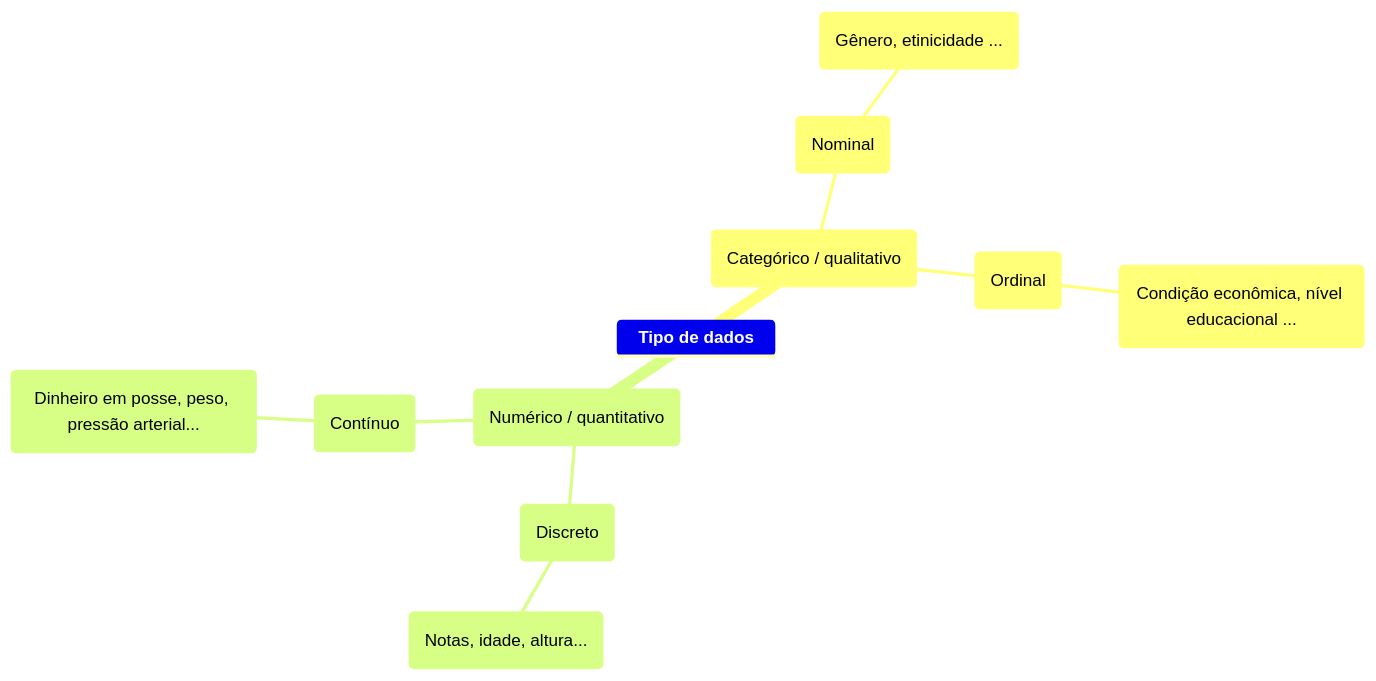
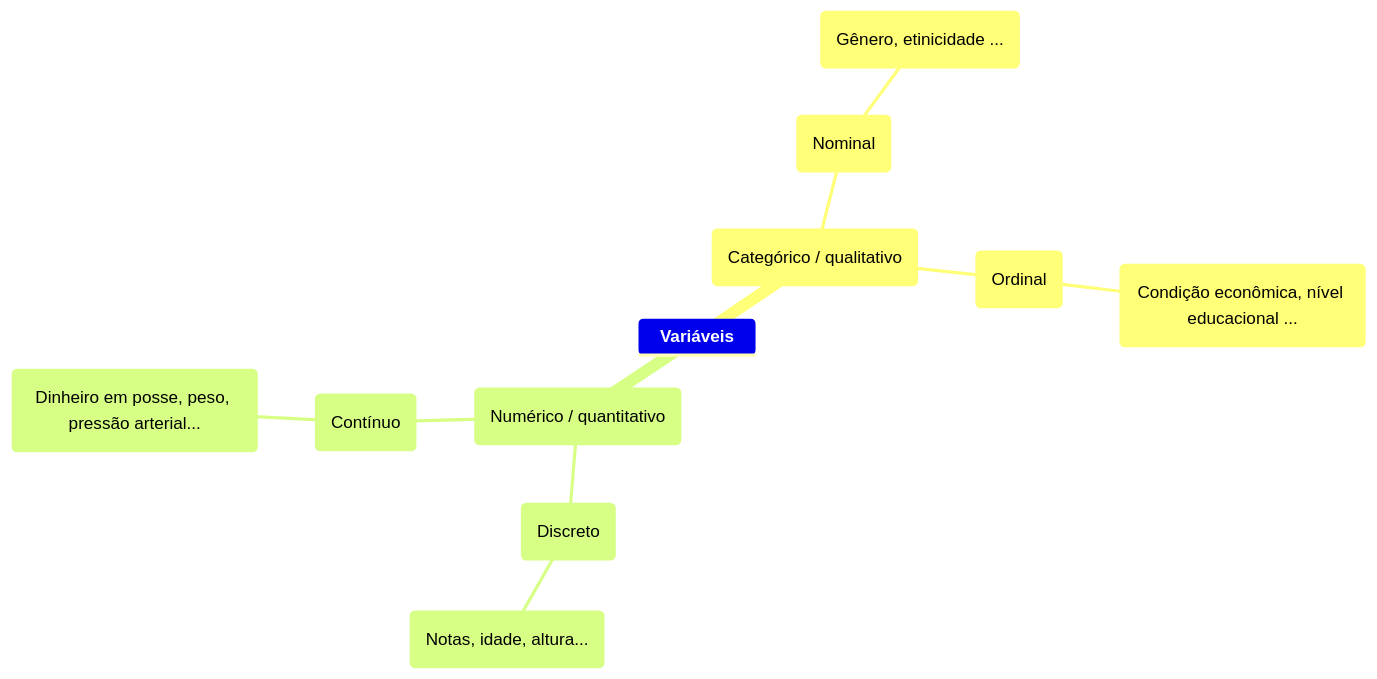
One commit to MarvinSilcGit/Learning changed the second of 2 diagrams in Statistics/Introduction to Statistics & Data Analysis: 3rd Edition/README.md. Above: the diagram before and after it, drawn with Mermaid. The commit also changed other lines of this file and 1 other file, not shown here.

````diff
--- a/Statistics/Introduction to Statistics & Data Analysis: 3rd Edition/README.md
+++ b/Statistics/Introduction to Statistics & Data Analysis: 3rd Edition/README.md
@@ -110,14 +111,20 @@
 ```mermaid
 mindmap
-**Tipo de dados**
+**Variáveis**
+    
     (Categórico / qualitativo)
-      (Nominal)
-        (Gênero, etinicidade ...)
-      (Ordinal)
-        (Condição econômica, nível educacional ...)
+    
+        (Nominal)
+            (Gênero, etinicidade ...)
+    
+        (Ordinal)
+            (Condição econômica, nível educacional ...)
+    
     (Numérico / quantitativo)
-      (Discreto)
-        (Notas, idade, altura...)
-      (Contínuo)
-        (Dinheiro em posse, peso, pressão arterial...)
+    
+        (Discreto)
+            (Notas, idade, altura...)
+    
+        (Contínuo)
+            (Dinheiro em posse, peso, pressão arterial...)
 ```
````
